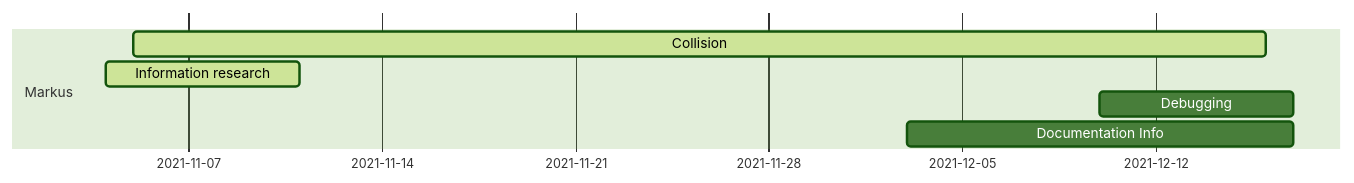
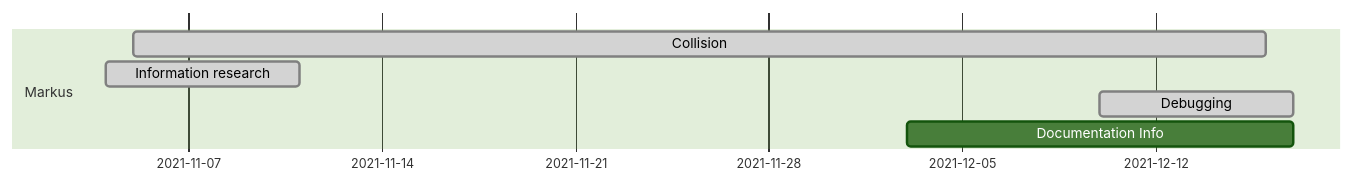
Before and after one commit to IlkkaTakala/Eril-Engine: the fifth of 6 diagrams in docs/ProjectPlan.md, drawn with Mermaid (forest theme). The commit also changed other lines of this file and 2 other files, not shown here.

````diff
--- a/docs/ProjectPlan.md
+++ b/docs/ProjectPlan.md
@@ -112,10 +101,10 @@
 ```mermaid
 gantt
 dateFormat  DD-MM
 
 section Markus
-Collision               :active,  mades3, 05-11, 16-12
-Information research    :active,  mades6, 04-11, 11-11
-Debugging               :         mades8, 10-12, 17-12
+Collision               :done,    mades3, 05-11, 16-12
+Information research    :done,    mades6, 04-11, 11-11
+Debugging               :done,    mades8, 10-12, 17-12
 Documentation Info      :         mades9, 03-12, 17-12
 ```
````
